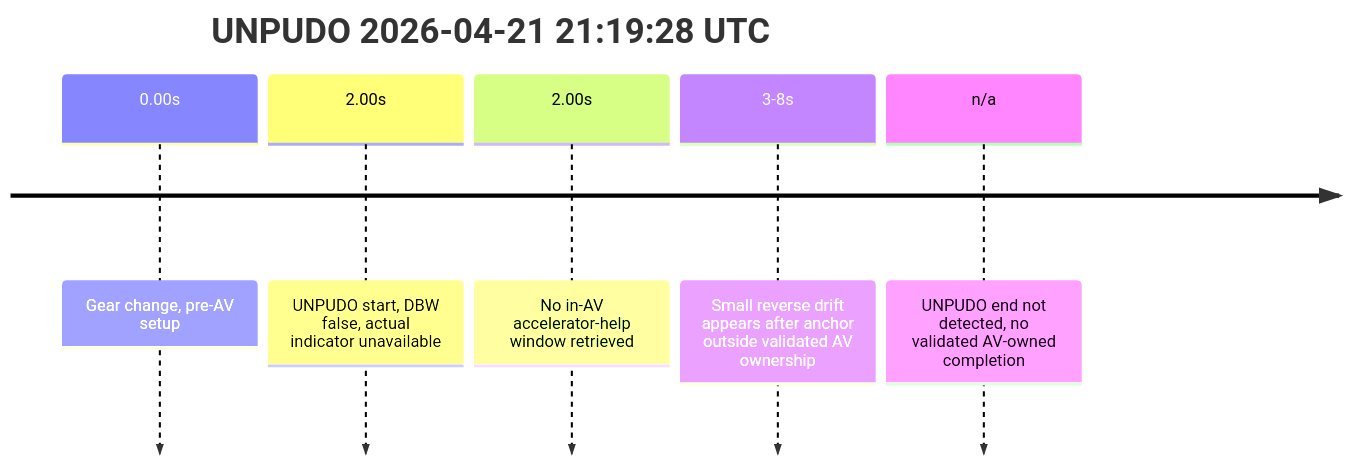
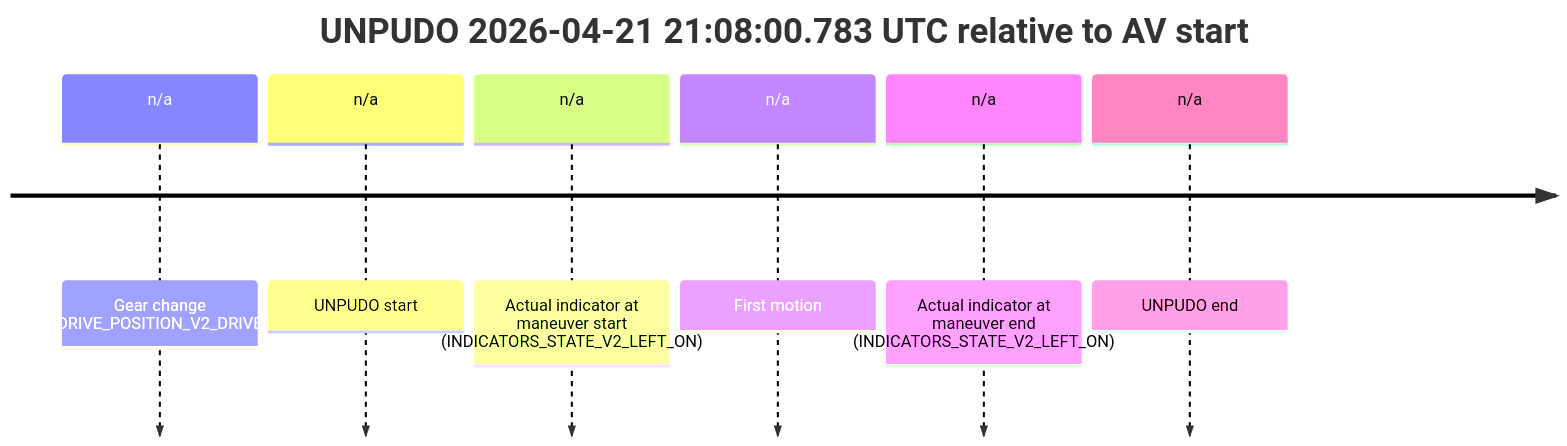
One commit to yoelshapiro/vault changed the first of 4 diagrams in model_analysis/report_cards/2026/04/Week-4/fme20031--2026-04-21--20-55-03--gen2-av-6012f067-7eac-4c54-af80-fe1b295980aa.md. Above: the diagram before and after it, drawn with Mermaid. The commit also changed other lines of this file and 90 other files, not shown here.

````diff
--- a/model_analysis/report_cards/2026/04/Week-4/fme20031--2026-04-21--20-55-03--gen2-av-6012f067-7eac-4c54-af80-fe1b295980aa.md
+++ b/model_analysis/report_cards/2026/04/Week-4/fme20031--2026-04-21--20-55-03--gen2-av-6012f067-7eac-4c54-af80-fe1b295980aa.md
@@ -33,9 +39,10 @@
 ```mermaid
 timeline
-    title UNPUDO 2026-04-21 21:19:28 UTC
-    0.00s : Gear change, pre-AV setup
-    2.00s : UNPUDO start, DBW false, actual indicator unavailable
-    2.00s : No in-AV accelerator-help window retrieved
-    3-8s : Small reverse drift appears after anchor outside validated AV ownership
-    n/a : UNPUDO end not detected, no validated AV-owned completion
+    title UNPUDO 2026-04-21 21:08:00.783 UTC relative to AV start
+    n/a : Gear change (DRIVE_POSITION_V2_DRIVE)
+    n/a : UNPUDO start
+    n/a : Actual indicator at maneuver start (INDICATORS_STATE_V2_LEFT_ON)
+    n/a : First motion
+    n/a : Actual indicator at maneuver end (INDICATORS_STATE_V2_LEFT_ON)
+    n/a : UNPUDO end
 ```
````
